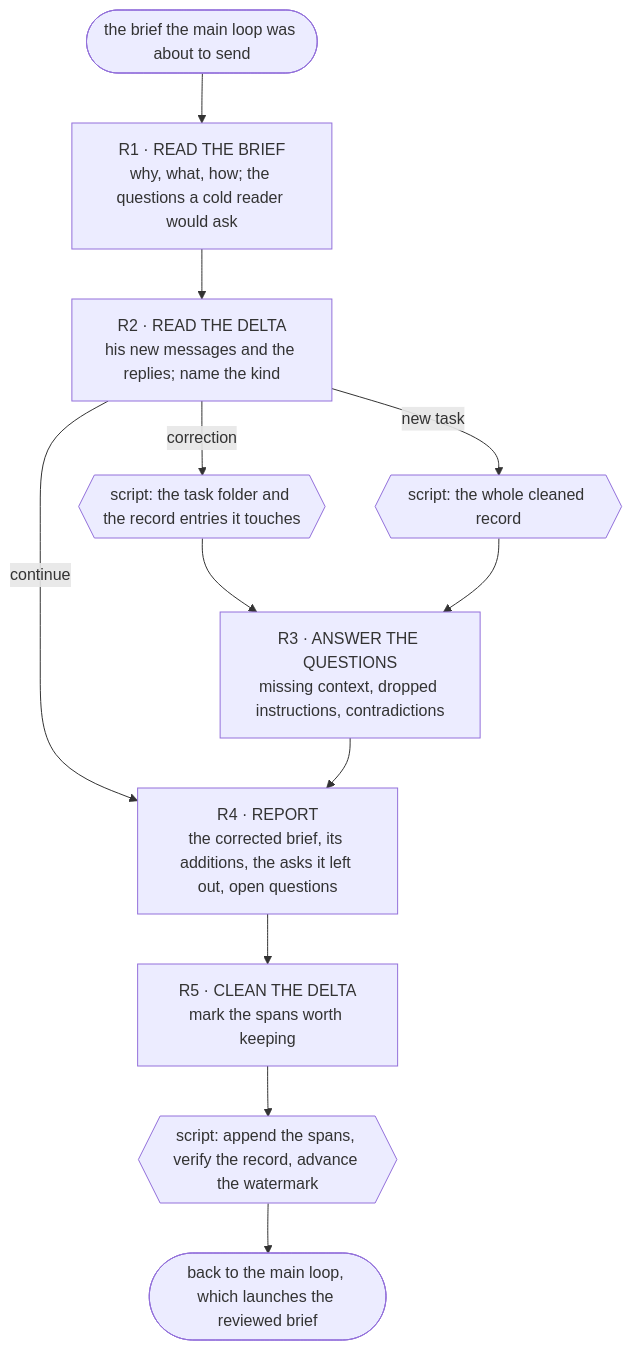
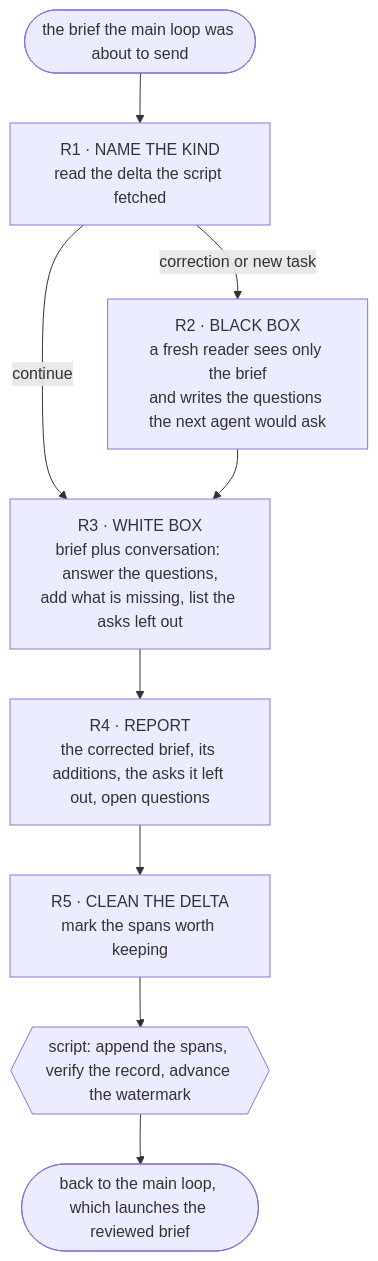
The third of 3 diagrams in .grimorio/design/task-flow/quasi-software-view.md (Wilman2612/grimorio-agents), drawn with Mermaid before and after one commit. The commit also changed other lines of this file and 4 other files, not shown here.

First line of the commit message:
docs(task-flow): the brief is read as a black box, then as a white box

````diff
--- a/.grimorio/design/task-flow/quasi-software-view.md
+++ b/.grimorio/design/task-flow/quasi-software-view.md
@@ -231,14 +231,11 @@
 ```mermaid
 flowchart TB
-    IN(["the brief the main loop was about to send"]) --> R1["R1 · READ THE BRIEF<br/>why, what, how; the questions a cold reader would ask"]
-    R1 --> R2["R2 · READ THE DELTA<br/>his new messages and the replies; name the kind"]
-    R2 -->|"continue"| R4
-    R2 -->|"correction"| RC{{"script: the task folder and the record entries it touches"}}
-    R2 -->|"new task"| RN{{"script: the whole cleaned record"}}
-    RC --> R3["R3 · ANSWER THE QUESTIONS<br/>missing context, dropped instructions, contradictions"]
-    RN --> R3
+    IN(["the brief the main loop was about to send"]) --> R1["R1 · NAME THE KIND<br/>read the delta the script fetched"]
+    R1 -->|"continue"| R3
+    R1 -->|"correction or new task"| R2["R2 · BLACK BOX<br/>a fresh reader sees only the brief<br/>and writes the questions the next agent would ask"]
+    R2 --> R3["R3 · WHITE BOX<br/>brief plus conversation: answer the questions,<br/>add what is missing, list the asks left out"]
     R3 --> R4["R4 · REPORT<br/>the corrected brief, its additions, the asks it left out, open questions"]
     R4 --> R5["R5 · CLEAN THE DELTA<br/>mark the spans worth keeping"]
     R5 --> WM{{"script: append the spans, verify the record, advance the watermark"}}
     WM --> OUT(["back to the main loop, which launches the reviewed brief"])
 ```
````
